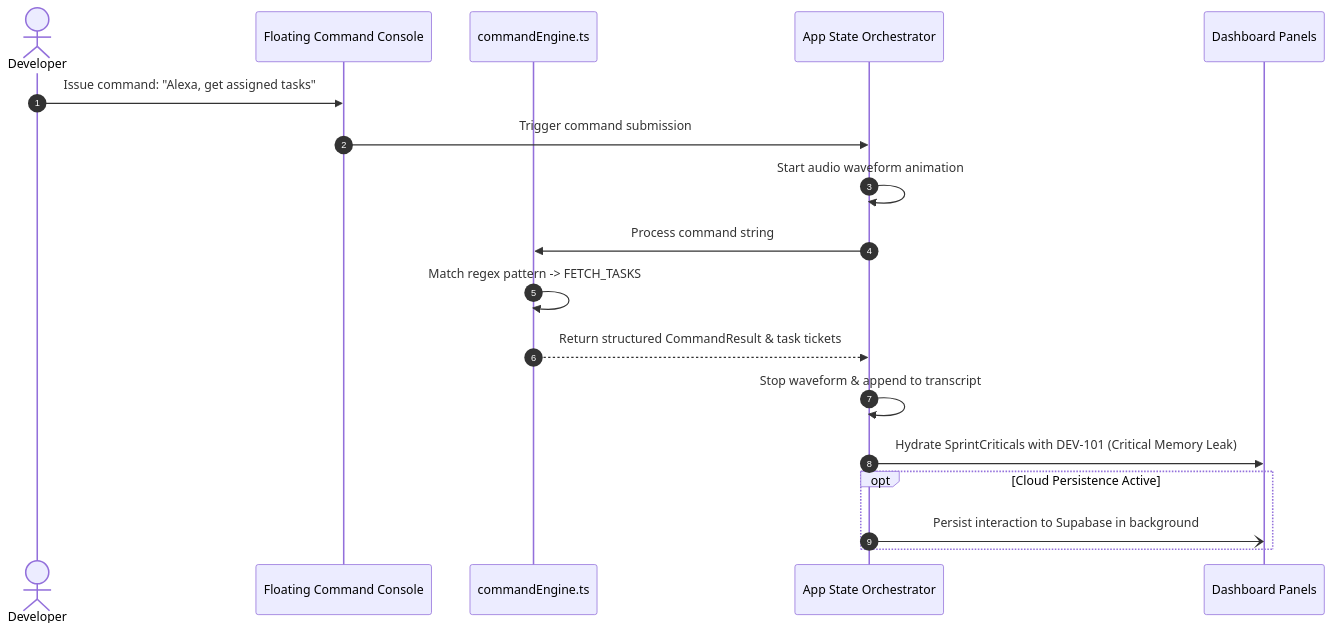
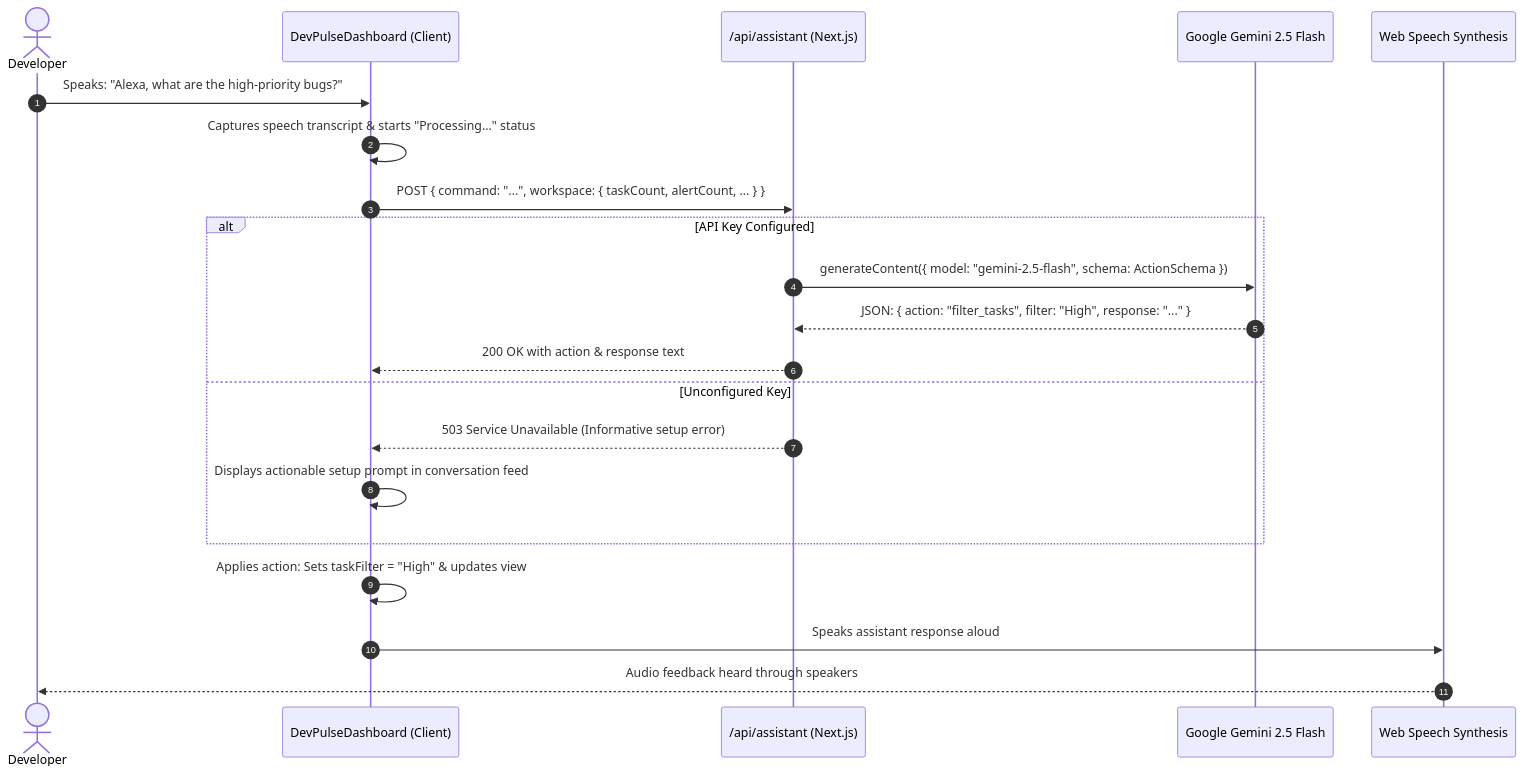
One commit to Adib-07/DevPulse- changed the diagram in README.md. Above: the diagram before and after it, drawn with Mermaid. The commit also changed other lines of this file and 3 other files, not shown here.

Commit message:
docs: overhaul DevPulse README for Amazon hackathon presentation

````diff
--- a/README.md
+++ b/README.md
@@ -160,22 +169,26 @@
 ```mermaid
 sequenceDiagram
     autonumber
     actor Dev as Developer
-    participant Console as Floating Command Console
-    participant Engine as commandEngine.ts
-    participant State as App State Orchestrator
-    participant UI as Dashboard Panels
+    participant UI as DevPulseDashboard (Client)
+    participant API as /api/assistant (Next.js)
+    participant AI as Google Gemini 2.5 Flash
+    participant Speech as Web Speech Synthesis
 
-    Dev->>Console: Issue command: "Alexa, get assigned tasks"
-    Console->>State: Trigger command submission
-    State->>State: Start audio waveform animation
-    State->>Engine: Process command string
-    Engine->>Engine: Match regex pattern -> FETCH_TASKS
-    Engine-->>State: Return structured CommandResult & task tickets
-    State->>State: Stop waveform & append to transcript
-    State->>UI: Hydrate SprintCriticals with DEV-101 (Critical Memory Leak)
+    Dev->>UI: Speaks: "Alexa, what are the high-priority bugs?"
+    UI->>UI: Captures speech transcript & starts "Processing..." status
+    UI->>API: POST { command: "...", workspace: { taskCount, alertCount, ... } }
     
-    opt Cloud Persistence Active
-        State-)UI: Persist interaction to Supabase in background
+    alt API Key Configured
+        API->>AI: generateContent({ model: "gemini-2.5-flash", schema: ActionSchema })
+        AI-->>API: JSON: { action: "filter_tasks", filter: "High", response: "..." }
+        API-->>UI: 200 OK with action & response text
+    else Unconfigured Key
+        API-->>UI: 503 Service Unavailable (Informative setup error)
+        UI->>UI: Displays actionable setup prompt in conversation feed
     end
+
+    UI->>UI: Applies action: Sets taskFilter = "High" & updates view
+    UI->>Speech: Speaks assistant response aloud
+    Speech-->>Dev: Audio feedback heard through speakers
 ```
````
